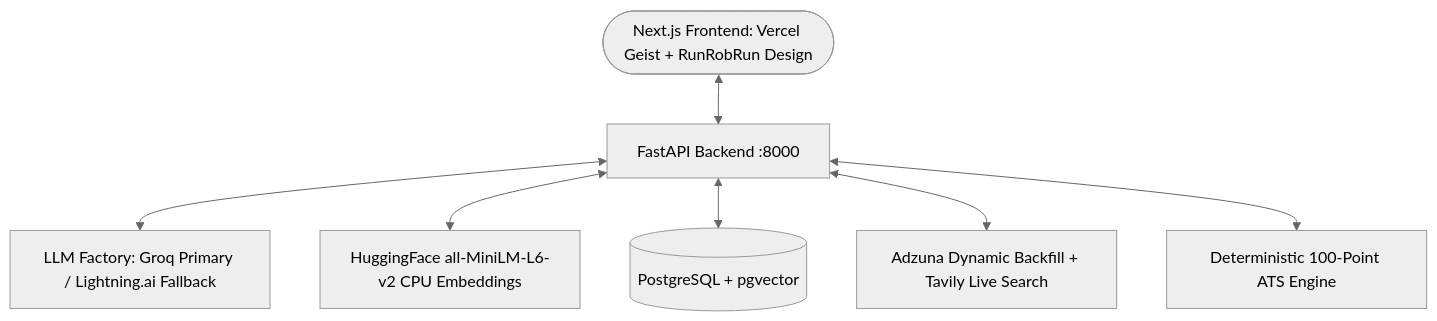
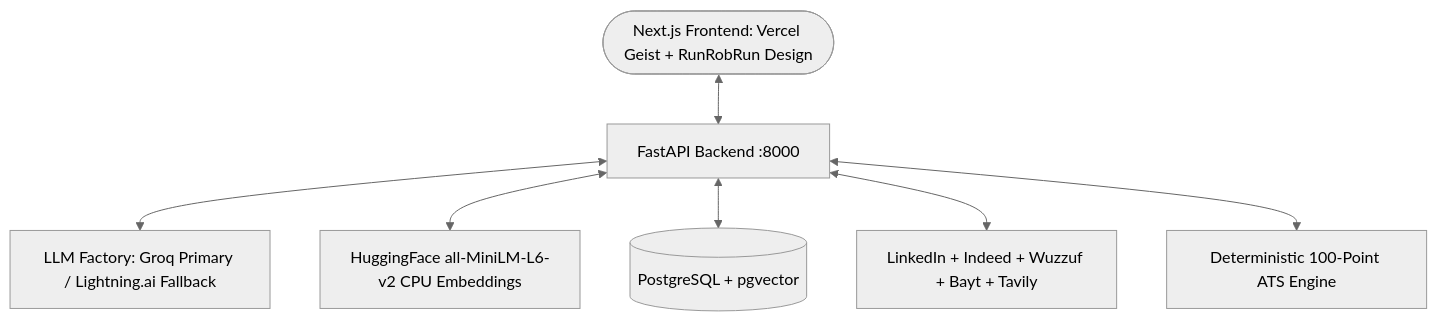
Before and after one commit to Mostafa710/career-copilot: the diagram in README.md, drawn with Mermaid (neutral theme). The commit also changed other lines of this file and 15 other files, not shown here.

Commit message:
feat(search): replace Adzuna with multi-source Egypt & MENA job engine (LinkedIn, Indeed, Wuzzuf, Bayt)

````diff
--- a/README.md
+++ b/README.md
@@ -60,9 +63,9 @@
 ```mermaid
 graph TD
     Client([Next.js Frontend: Vercel Geist + RunRobRun Design]) <--> API[FastAPI Backend :8000]
     API <--> LLM[LLM Factory: Groq Primary / Lightning.ai Fallback]
     API <--> Embed[HuggingFace all-MiniLM-L6-v2 CPU Embeddings]
     API <--> DB[(PostgreSQL + pgvector)]
-    API <--> Search[Adzuna Dynamic Backfill + Tavily Live Search]
+    API <--> Search[LinkedIn + Indeed + Wuzzuf + Bayt + Tavily]
     API <--> ATS[Deterministic 100-Point ATS Engine]
 ```
````
